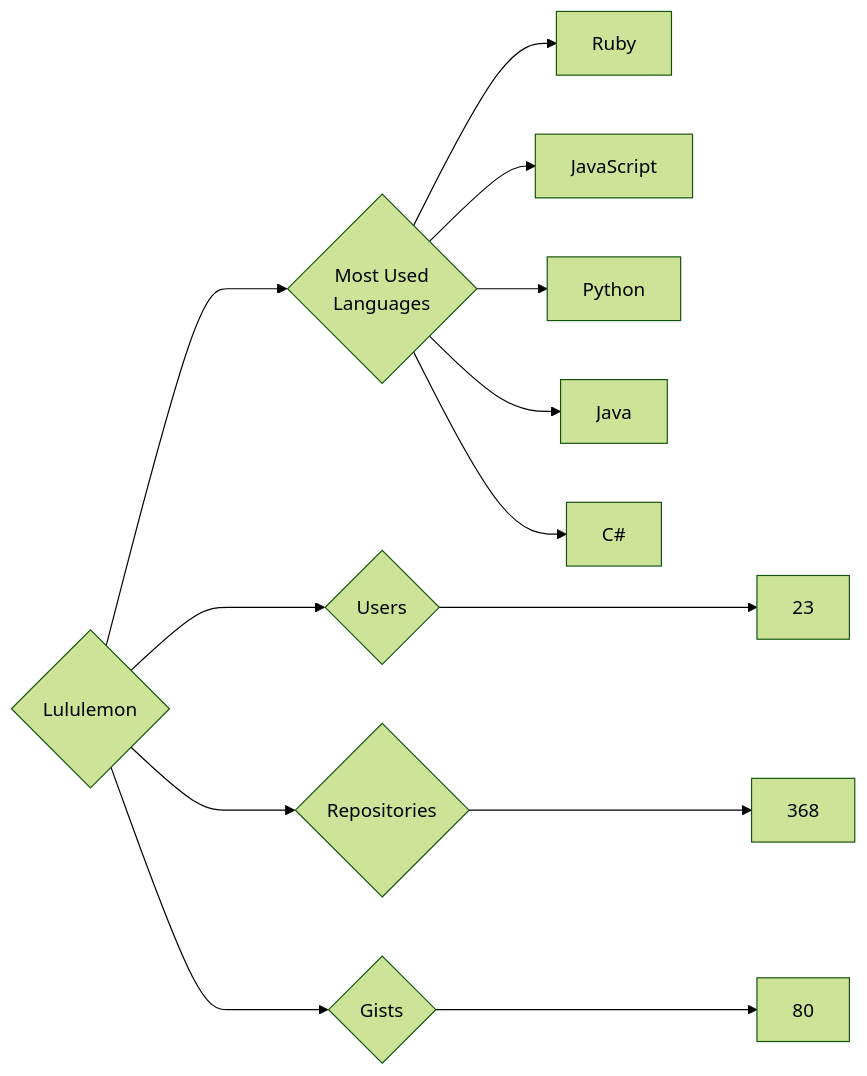
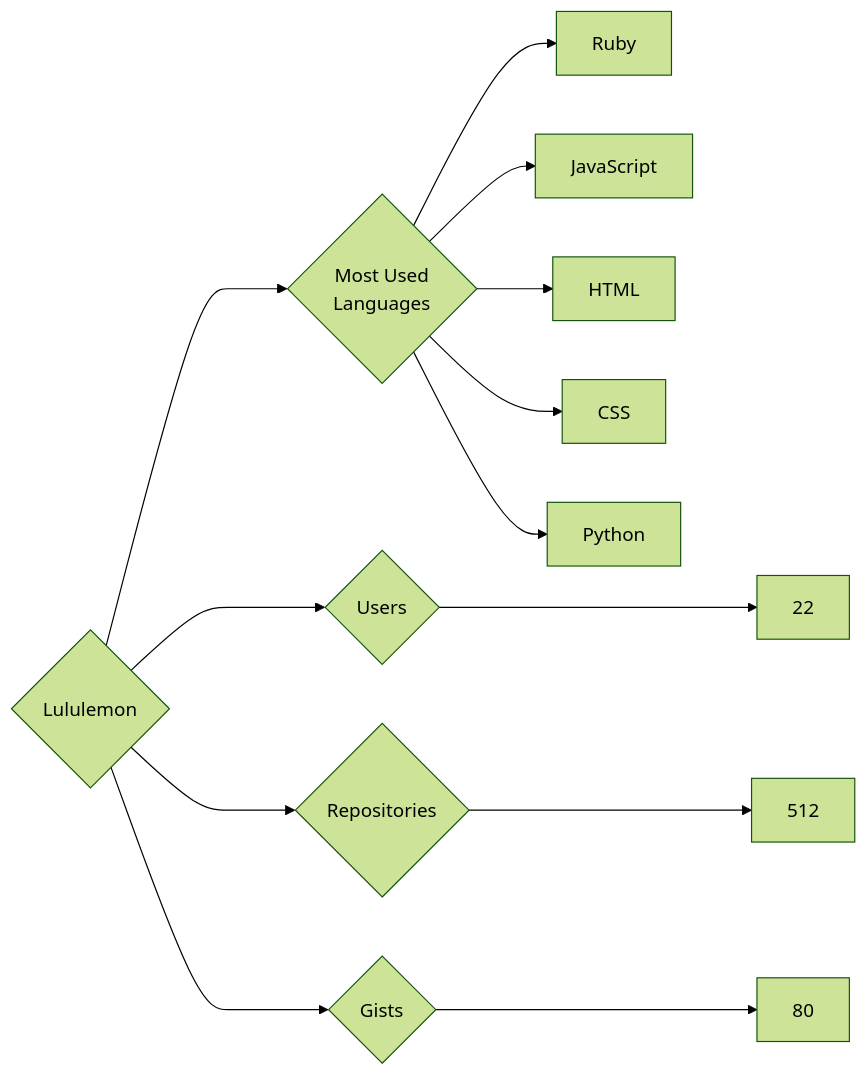
One commit to trickest/insiders changed the diagram in targets/Lululemon/README.md. Above: the diagram before and after it, drawn with Mermaid (forest theme). The commit also changed 847 other files, not shown here.

````diff
--- a/targets/Lululemon/README.md
+++ b/targets/Lululemon/README.md
@@ -3,13 +3,13 @@
 ```mermaid
 graph LR
 COMPANY_NAME{Lululemon}
-COMPANY_NAME ---> U{Users} ---> UN[23]
-COMPANY_NAME ---> R{Repositories} ---> RN[368]
+COMPANY_NAME ---> U{Users} ---> UN[22]
+COMPANY_NAME ---> R{Repositories} ---> RN[512]
 COMPANY_NAME ---> G{Gists} ---> GN[80]
 COMPANY_NAME ---> ML{Most Used<br>Languages}
 ML --> Ruby[Ruby]
 ML --> JavaScript[JavaScript]
+ML --> HTML[HTML]
+ML --> CSS[CSS]
 ML --> Python[Python]
-ML --> Java[Java]
-ML --> C#[C#]
 ```
````
